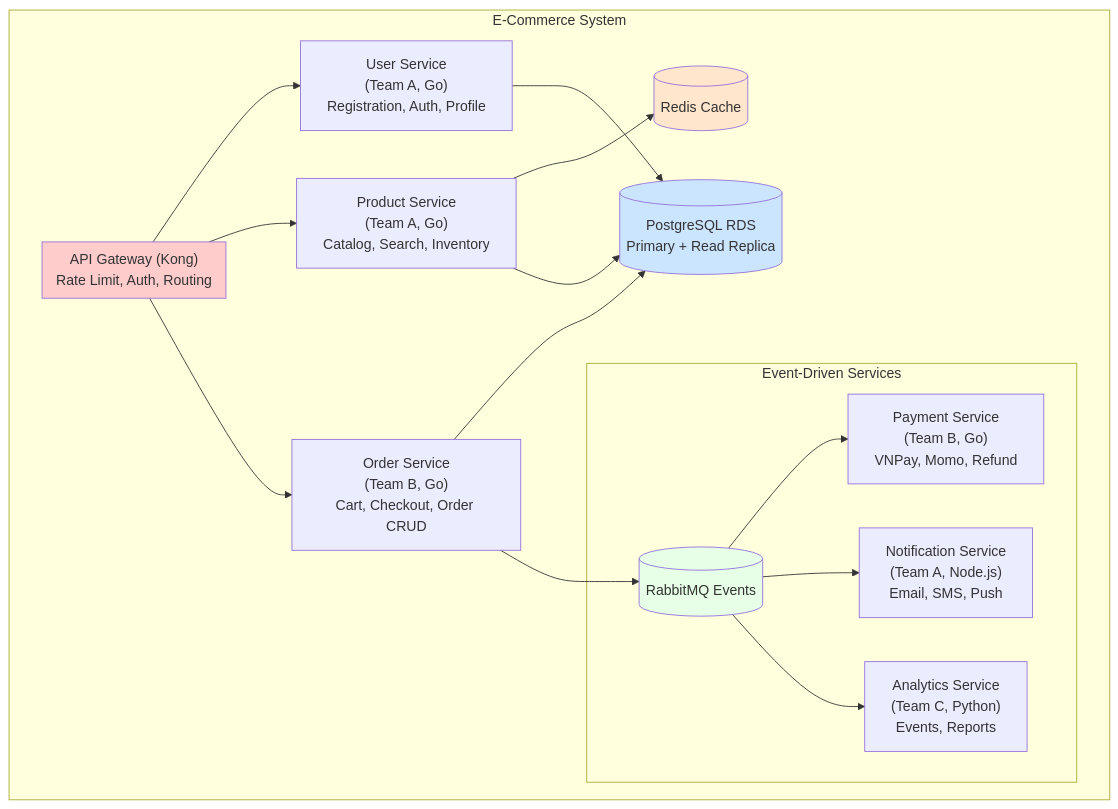
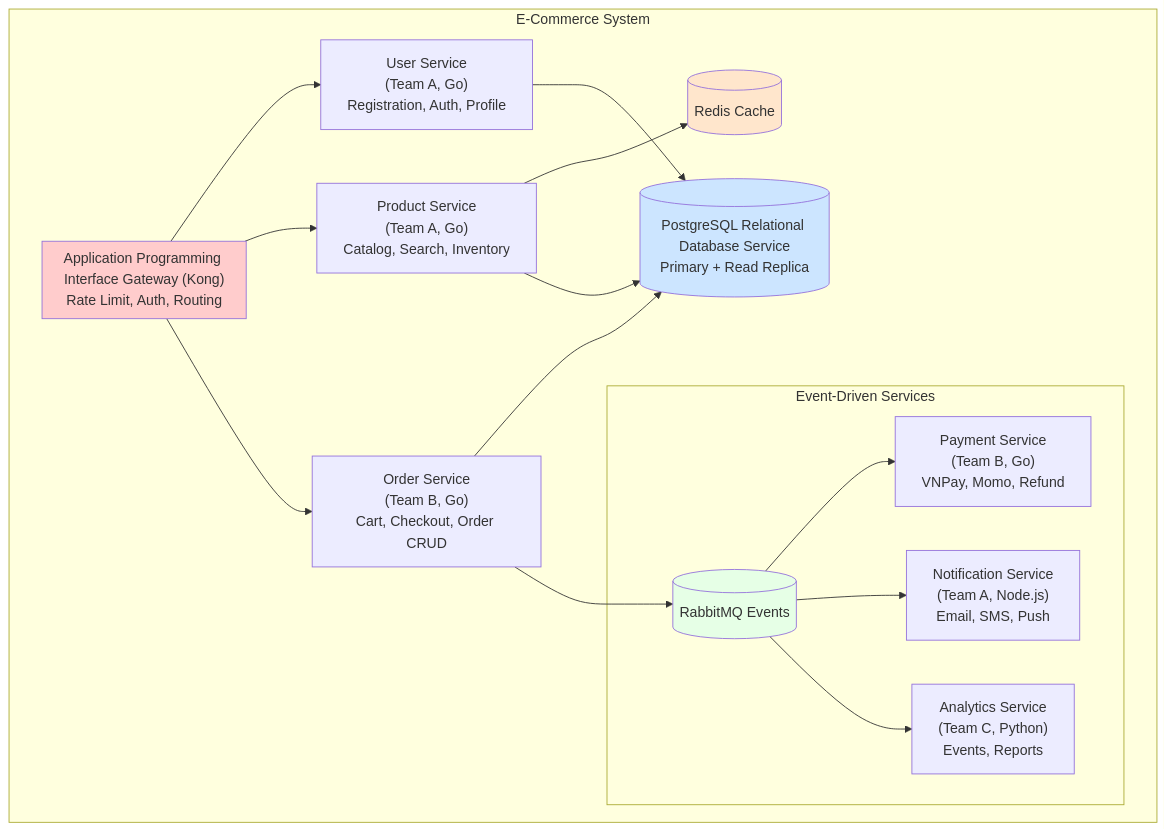
The second of 23 diagrams in So_tay_SA_VN.md (chungminhtu/S--tay-SA--Solution-Architect-), drawn with Mermaid before and after one commit. The commit also changed other lines of this file, not shown here.

````diff
--- a/So_tay_SA_VN.md
+++ b/So_tay_SA_VN.md
@@ -541,34 +541,34 @@
 ```mermaid
 flowchart TB
     subgraph System["E-Commerce System"]
-        subgraph Gateway["API Gateway (Kong)<br/>Rate Limit, Auth, Routing"]
+        subgraph Gateway["Application Programming Interface Gateway (Kong)<br/>Rate Limit, Auth, Routing"]
         end
 
         Gateway --> UserSvc["User Service<br/>(Team A, Go)<br/>Registration, Auth, Profile"]
         Gateway --> ProductSvc["Product Service<br/>(Team A, Go)<br/>Catalog, Search, Inventory"]
         Gateway --> OrderSvc["Order Service<br/>(Team B, Go)<br/>Cart, Checkout, Order CRUD"]
 
         ProductSvc --> Redis[(Redis Cache)]
 
-        UserSvc --> DB[(PostgreSQL RDS<br/>Primary + Read Replica)]
+        UserSvc --> DB[(PostgreSQL Relational Database Service<br/>Primary + Read Replica)]
         ProductSvc --> DB
         OrderSvc --> DB
 
         subgraph EventDriven["Event-Driven Services"]
             RabbitMQ[(RabbitMQ Events)]
             PaymentSvc["Payment Service<br/>(Team B, Go)<br/>VNPay, Momo, Refund"]
             NotifSvc["Notification Service<br/>(Team A, Node.js)<br/>Email, SMS, Push"]
             Analytics["Analytics Service<br/>(Team C, Python)<br/>Events, Reports"]
         end
 
         OrderSvc --> RabbitMQ
         RabbitMQ --> PaymentSvc
         RabbitMQ --> NotifSvc
         RabbitMQ --> Analytics
     end
 
     style Gateway fill:#ffcccc
     style DB fill:#cce5ff
     style Redis fill:#ffe6cc
     style RabbitMQ fill:#e6ffe6
 ```
````
